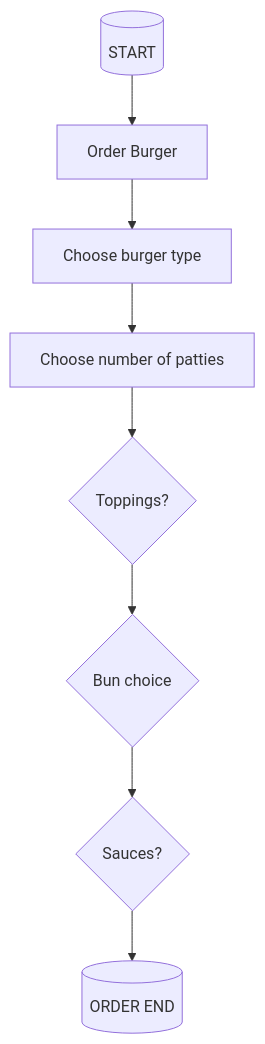
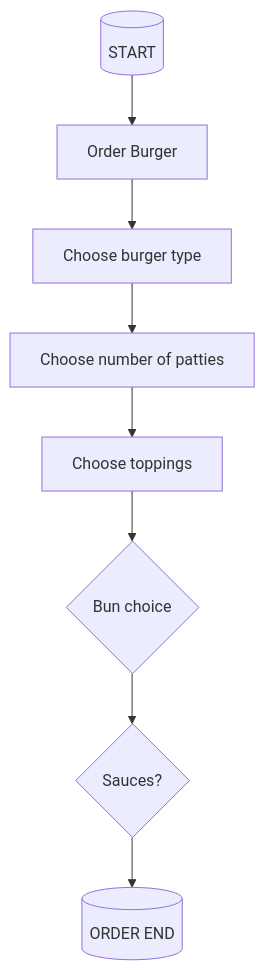
Before and after one commit to delas6006/Debbie-Mankowitz-showcase-: the diagram in README.md, drawn with Mermaid.

````diff
--- a/README.md
+++ b/README.md
@@ -26,12 +26,12 @@
 ```mermaid
 graph TD;
 A[(START)]-->B[Order Burger]
 B -->C[Choose burger type]
 C -->D[Choose number of patties]
-D -->E{Toppings?}
+D -->E[Choose toppings]
 E -->F{Bun choice}
 F -->G{Sauces?}
 G -->H{Drinks?}
 H[(ORDER END)]
 
 ```
````
